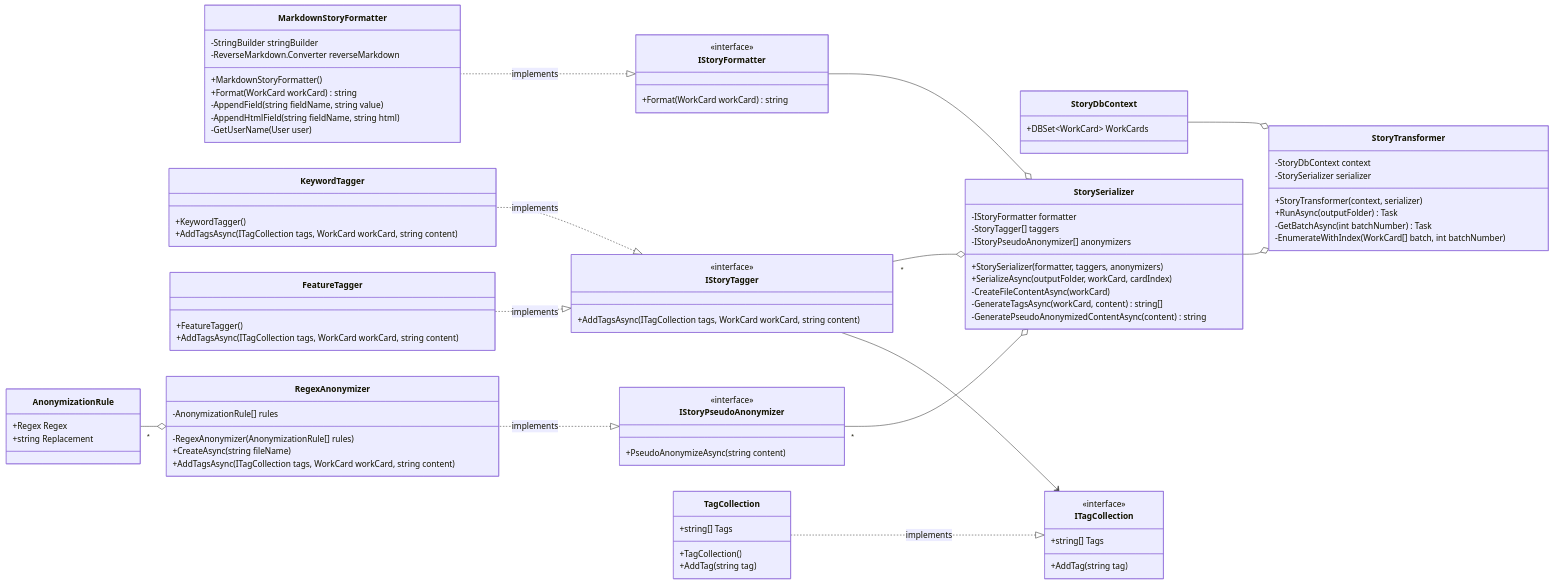
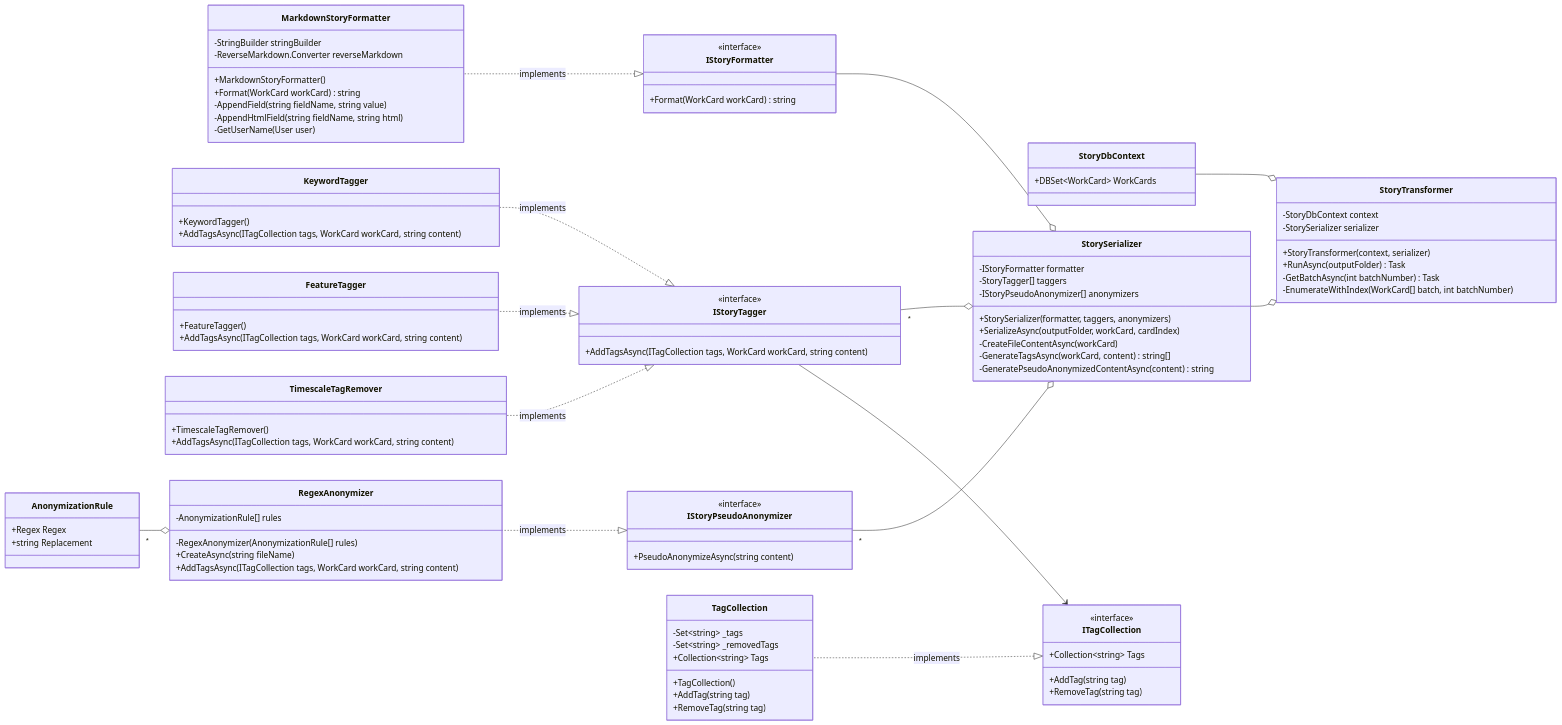
One commit to LukeThoma5/ou-project changed the fourth of 4 diagrams in content/2024-04-05 and 2024-04-10 - TMA02 and StoryTransformer.md. Above: the diagram before and after it, drawn with Mermaid. The commit also changed 10 other files, not shown here.

```diff
--- a/content/2024-04-05 and 2024-04-10 - TMA02 and StoryTransformer.md
+++ b/content/2024-04-05 and 2024-04-10 - TMA02 and StoryTransformer.md
@@ -287,8 +287,15 @@
         +AddTagsAsync(ITagCollection tags, WorkCard workCard, string content)
     }
 
+    class TimescaleTagRemover {
+        +TimescaleTagRemover()
+        +AddTagsAsync(ITagCollection tags, WorkCard workCard, string content)
+    }
+
     IStoryTagger <|.. KeywordTagger : implements
     IStoryTagger <|.. FeatureTagger : implements
+    IStoryTagger <|.. TimescaleTagRemover : implements
+
 
     class IStoryPseudoAnonymizer {
         +PseudoAnonymizeAsync(string content)
@@ -314,15 +321,19 @@
 
 
     class ITagCollection {
-        +string[] Tags
+        +Collection~string~ Tags
         +AddTag(string tag)
+        +RemoveTag(string tag)
     }
     <<interface>> ITagCollection
 
     class TagCollection {
+        -Set~string~ _tags
+        -Set~string~ _removedTags
         +TagCollection()
-        +string[] Tags
+        +Collection~string~ Tags
         +AddTag(string tag)
+        +RemoveTag(string tag)
     }
 
 
```
